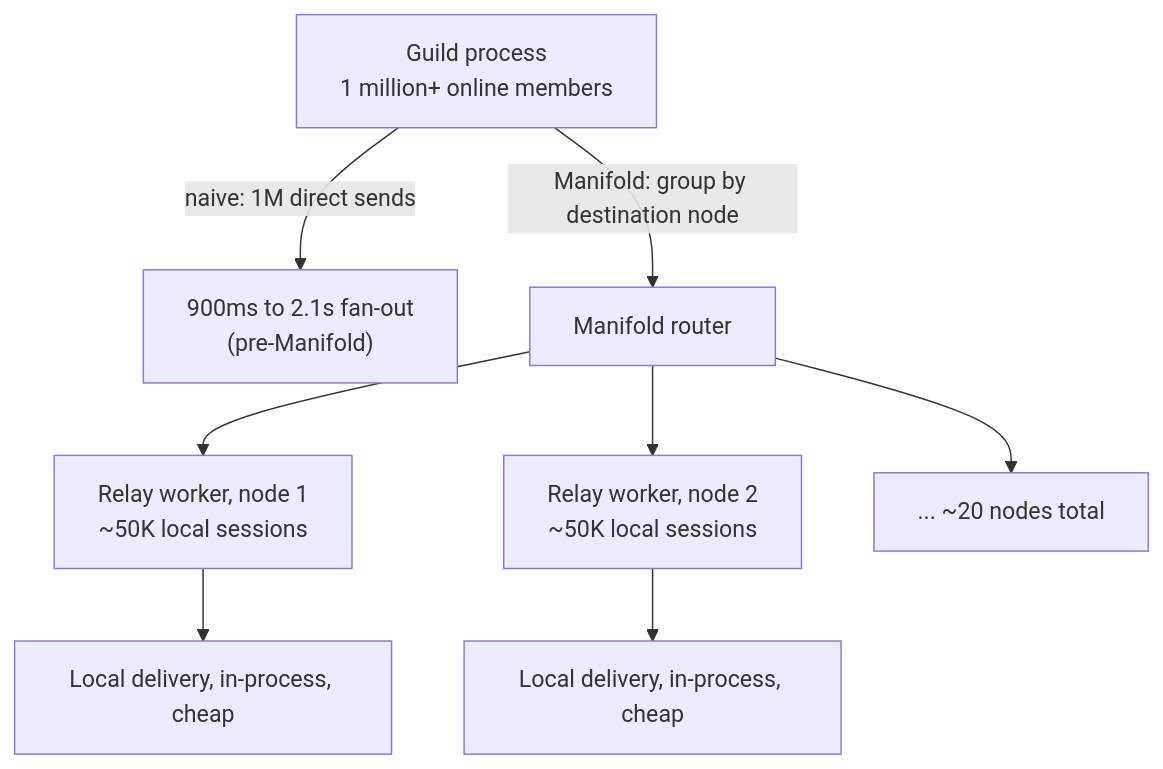
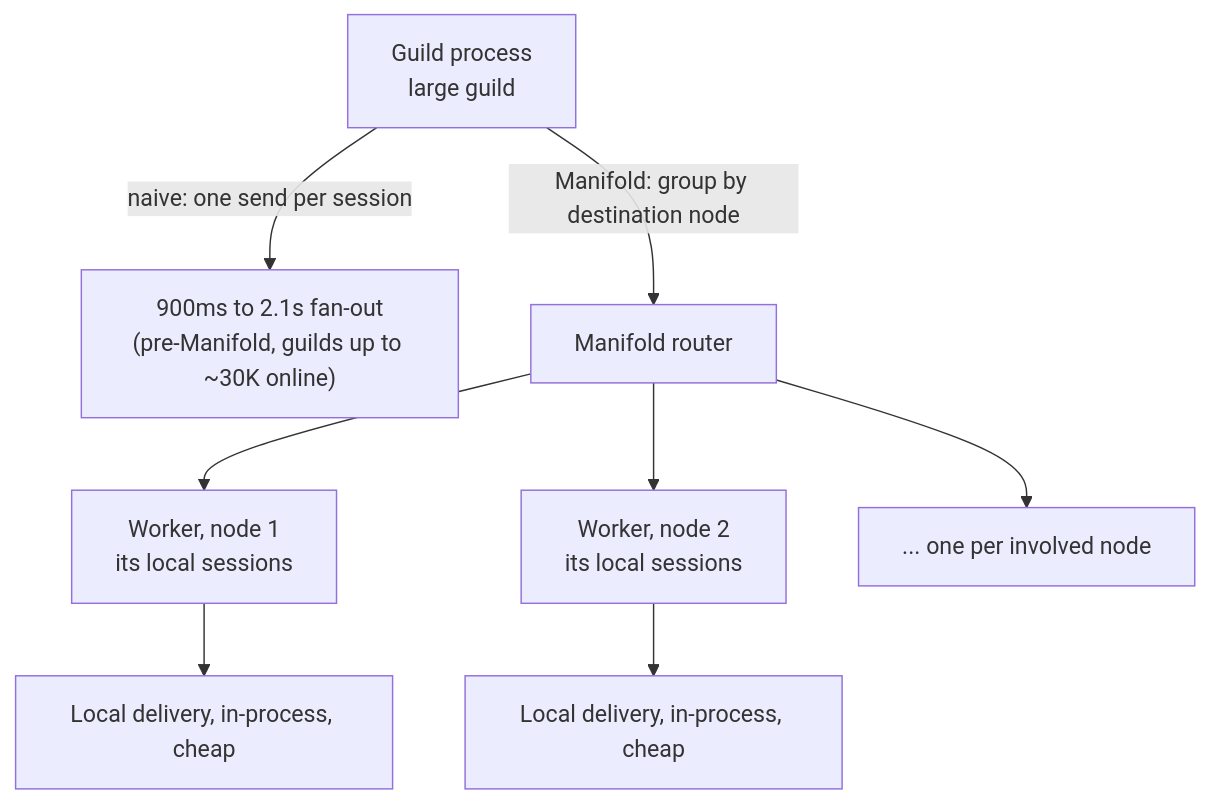
The fifth of 7 diagrams in companies/discord.md (alwin-verus/big-tech-system-design), drawn with Mermaid before and after one commit. The commit also changed other lines of this file and 56 other files, not shown here.

````diff
--- a/companies/discord.md
+++ b/companies/discord.md
@@ -349,10 +458,10 @@
 ```mermaid
 flowchart TD
-  G["Guild process<br/>1 million+ online members"] -->|"naive: 1M direct sends"| Bad["900ms to 2.1s fan-out<br/>(pre-Manifold)"]
+  G["Guild process<br/>large guild"] -->|"naive: one send per session"| Bad["900ms to 2.1s fan-out<br/>(pre-Manifold, guilds up to ~30K online)"]
   G -->|"Manifold: group by destination node"| M["Manifold router"]
-  M --> N1["Relay worker, node 1<br/>~50K local sessions"]
-  M --> N2["Relay worker, node 2<br/>~50K local sessions"]
-  M --> N3["... ~20 nodes total"]
+  M --> N1["Worker, node 1<br/>its local sessions"]
+  M --> N2["Worker, node 2<br/>its local sessions"]
+  M --> N3["... one per involved node"]
   N1 --> L1["Local delivery, in-process, cheap"]
   N2 --> L2["Local delivery, in-process, cheap"]
 ```
````
